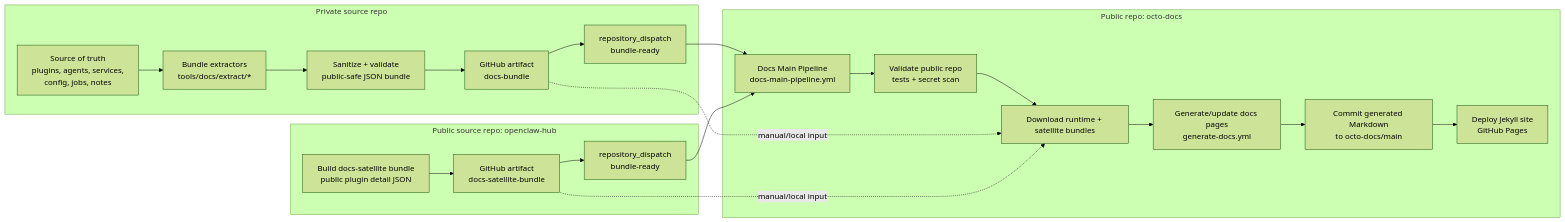
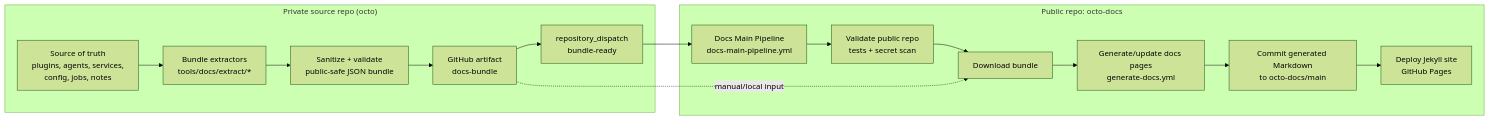
The first of 2 diagrams in README.md (JeffSteinbok/octo-docs), drawn with Mermaid (forest theme) before and after one commit. The commit also changed other lines of this file and 27 other files, not shown here.

First line of the commit message:
Simplify docs pipeline, remove hub scanning artifacts

````diff
--- a/README.md
+++ b/README.md
@@ -28,33 +27,24 @@
 ```mermaid
 flowchart LR
-    subgraph private["Private source repo"]
+    subgraph private["Private source repo (octo)"]
         source["Source of truth<br/>plugins, agents, services,<br/>config, jobs, notes"]
         extract["Bundle extractors<br/>tools/docs/extract/*"]
         sanitize["Sanitize + validate<br/>public-safe JSON bundle"]
         artifact["GitHub artifact<br/>docs-bundle"]
         dispatch["repository_dispatch<br/>bundle-ready"]
         source --> extract --> sanitize --> artifact --> dispatch
     end
 
-    subgraph hub["Public source repo: openclaw-hub"]
-        hubextract["Build docs-satellite bundle<br/>public plugin detail JSON"]
-        hubartifact["GitHub artifact<br/>docs-satellite-bundle"]
-        hubdispatch["repository_dispatch<br/>bundle-ready"]
-        hubextract --> hubartifact --> hubdispatch
-    end
-
     subgraph public["Public repo: octo-docs"]
         pipeline["Docs Main Pipeline<br/>docs-main-pipeline.yml"]
         validate["Validate public repo<br/>tests + secret scan"]
-        download["Download runtime + satellite bundles"]
+        download["Download bundle"]
         generate["Generate/update docs pages<br/>generate-docs.yml"]
         commit["Commit generated Markdown<br/>to octo-docs/main"]
         deploy["Deploy Jekyll site<br/>GitHub Pages"]
         pipeline --> validate --> download --> generate --> commit --> deploy
     end
 
     dispatch --> pipeline
-    hubdispatch --> pipeline
     artifact -. manual/local input .-> download
-    hubartifact -. manual/local input .-> download
 ```
````
